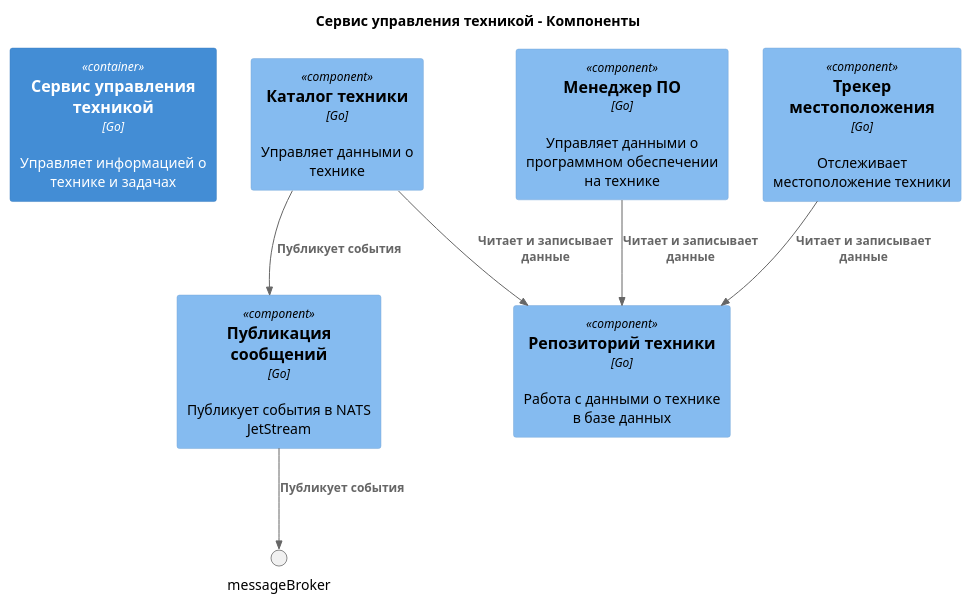
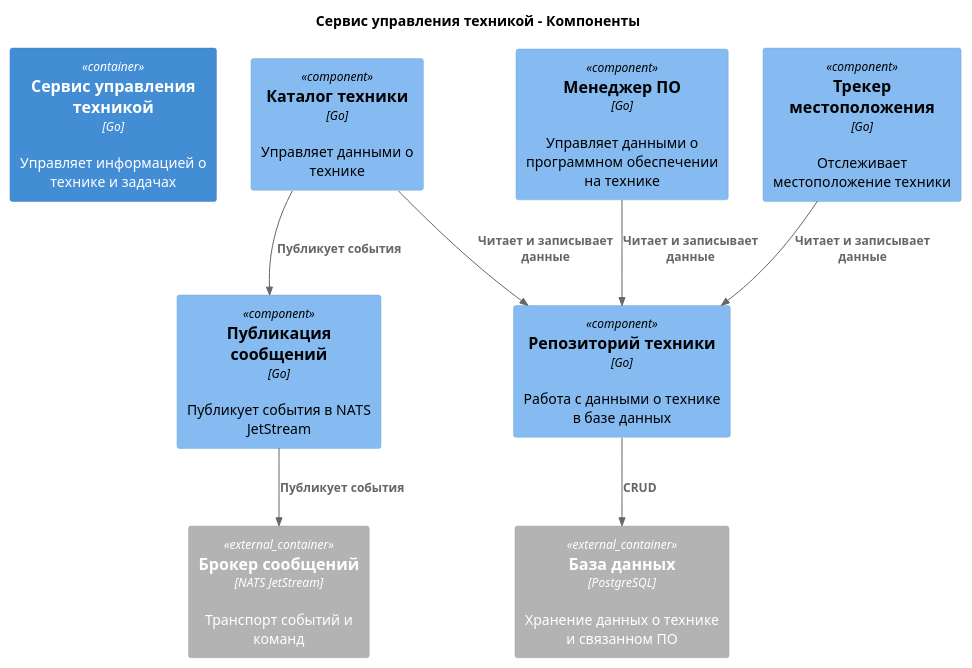
One commit to artmexbet/TechnoPlanner changed the diagram in diagrams/component-technic-c4.puml. Above: the diagram before and after it, drawn with PlantUML. The commit also changed 4 other files, not shown here.

```diff
--- a/diagrams/component-technic-c4.puml
+++ b/diagrams/component-technic-c4.puml
@@ -1,22 +1,25 @@
 @startuml
 !include https://raw.githubusercontent.com/plantuml-stdlib/C4-PlantUML/master/C4_Component.puml
 
 ' Диаграмма компонентов для сервиса управления техникой
 LAYOUT_TOP_DOWN()
 title Сервис управления техникой - Компоненты
 
 Container(serviceTechManagement, "Сервис управления техникой", "Go", "Управляет информацией о технике и задачах")
+Container_Ext(messageBroker, "Брокер сообщений", "NATS JetStream", "Транспорт событий и команд")
+Container_Ext(database, "База данных", "PostgreSQL", "Хранение данных о технике и связанном ПО")
 
 Component(techCatalog, "Каталог техники", "Go", "Управляет данными о технике")
 Component(softwareManager, "Менеджер ПО", "Go", "Управляет данными о программном обеспечении на технике")
 Component(locationTracker, "Трекер местоположения", "Go", "Отслеживает местоположение техники")
 Component(techRepository, "Репозиторий техники", "Go", "Работа с данными о технике в базе данных")
 Component(messagePublisherTech, "Публикация сообщений", "Go", "Публикует события в NATS JetStream")
 
 Rel(techCatalog, techRepository, "Читает и записывает данные")
 Rel(softwareManager, techRepository, "Читает и записывает данные")
 Rel(locationTracker, techRepository, "Читает и записывает данные")
+Rel(techRepository, database, "CRUD")
 Rel(techCatalog, messagePublisherTech, "Публикует события")
 Rel(messagePublisherTech, messageBroker, "Публикует события")
 
 @enduml
```
